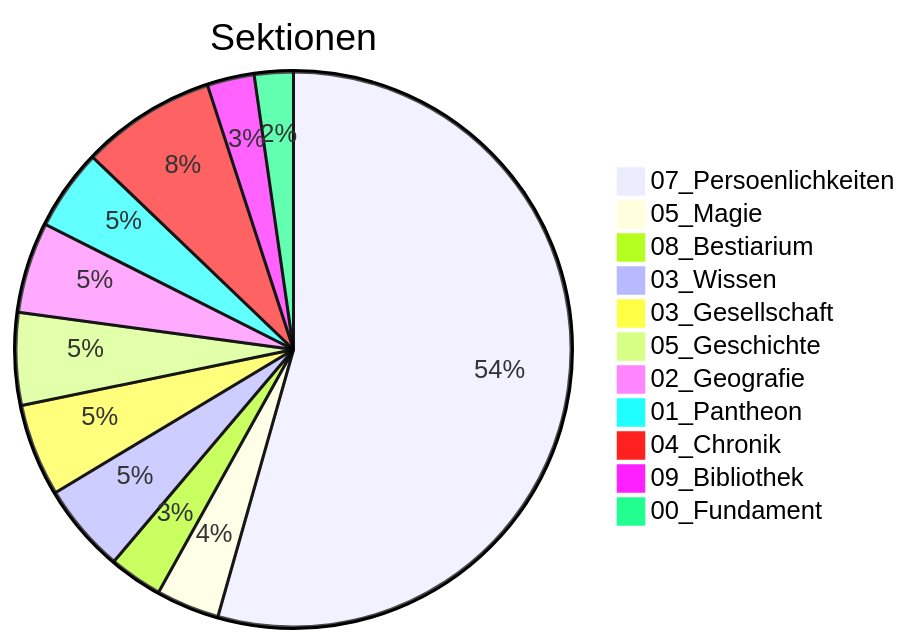
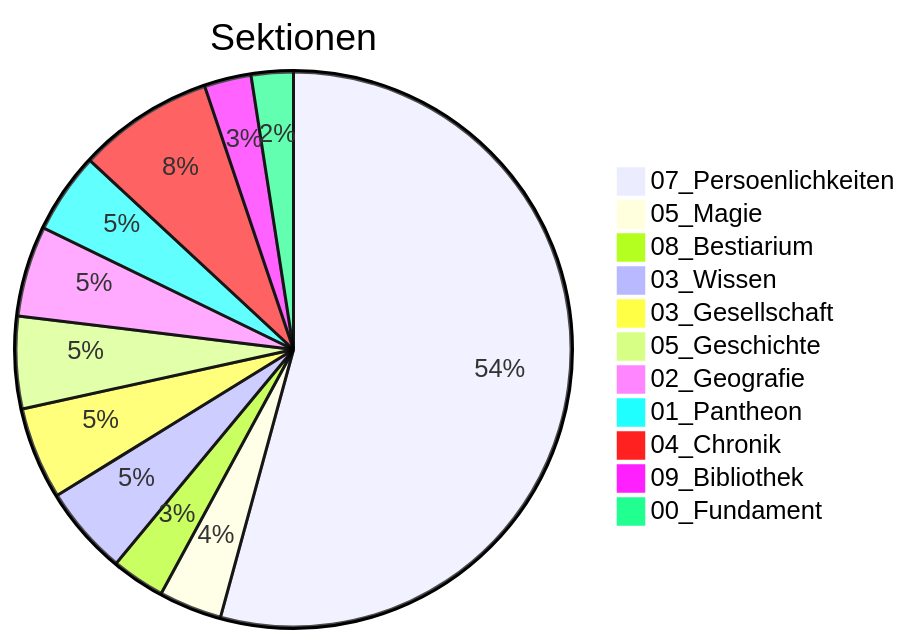
The diagram in Siebenwind_Wiki/10_Archiv/Wiki_Statistiken.md (Siebenwind/7w_wiki), drawn with Mermaid before and after one commit. The commit also changed other lines of this file and 1 other file, not shown here.

````diff
--- a/Siebenwind_Wiki/10_Archiv/Wiki_Statistiken.md
+++ b/Siebenwind_Wiki/10_Archiv/Wiki_Statistiken.md
@@ -21,14 +21,14 @@
 ```mermaid
 pie title Sektionen
     "07_Persoenlichkeiten" : 576
     "05_Magie" : 39
     "08_Bestiarium" : 33
     "03_Wissen" : 55
     "03_Gesellschaft" : 57
     "05_Geschichte" : 57
     "02_Geografie" : 56
     "01_Pantheon" : 50
-    "04_Chronik" : 83
+    "04_Chronik" : 84
     "09_Bibliothek" : 29
-    "00_Fundament" : 24
+    "00_Fundament" : 26
 ```
````
